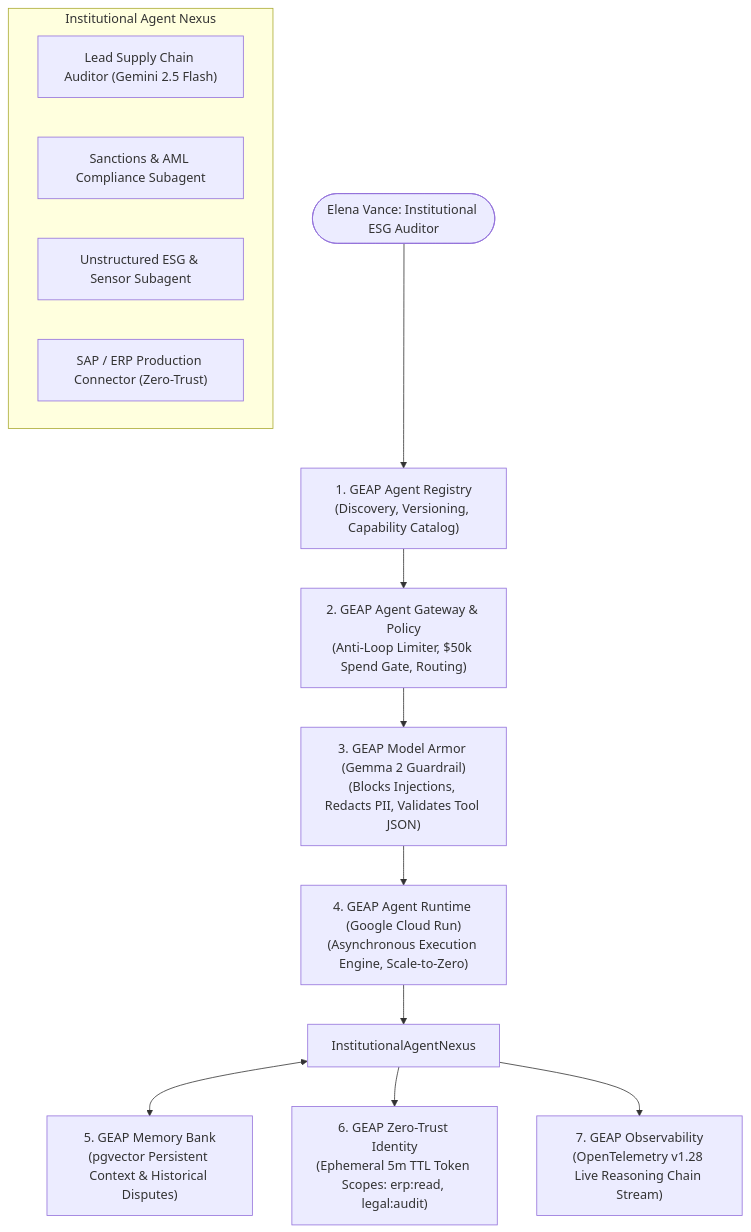
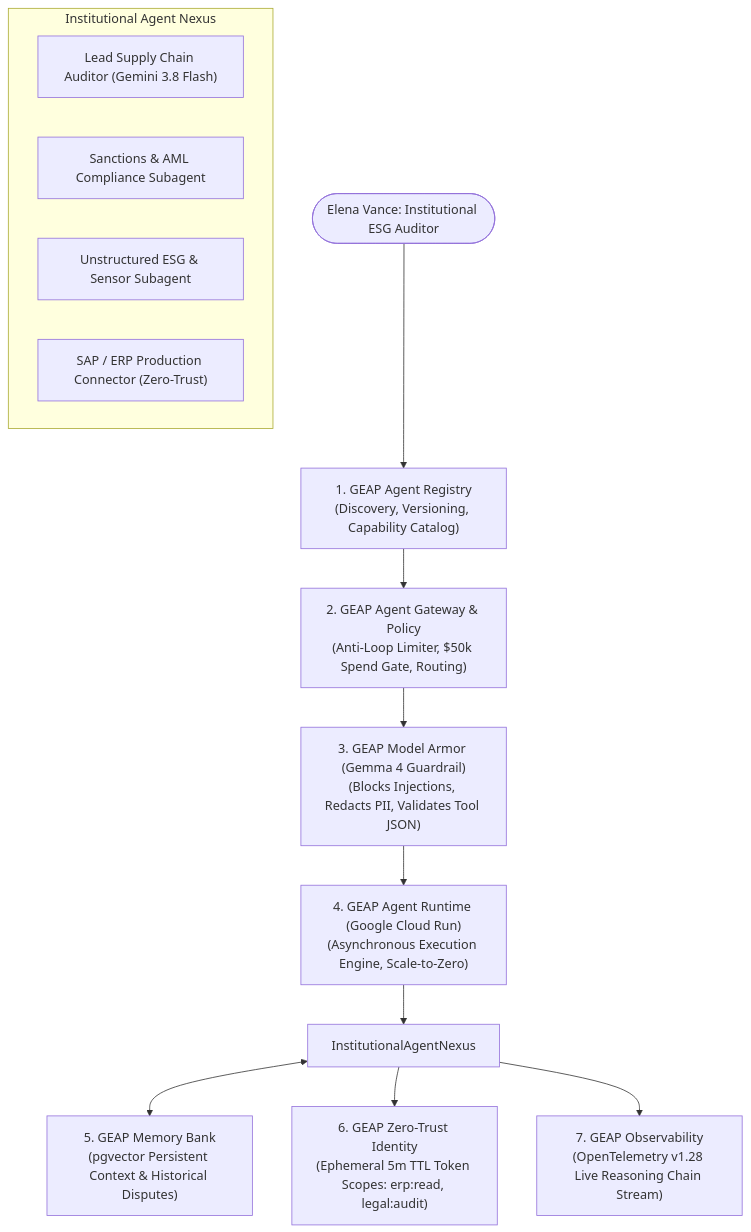
The diagram in README.md (Aka4real/All-Things-Agentic-Hackathon), drawn with Mermaid before and after one commit. The commit also changed other lines of this file and 11 other files, not shown here.

Commit message:
feat: implement Model Armor security guardrails, agent registry, and multi-agent infrastructure with Gemini 3.8 support

````diff
--- a/README.md
+++ b/README.md
@@ -16,19 +16,19 @@
 ```mermaid
 graph TD
     Hero([Elena Vance: Institutional ESG Auditor]) --> Registry["1. GEAP Agent Registry<br/>(Discovery, Versioning, Capability Catalog)"]
     Registry --> Gateway["2. GEAP Agent Gateway & Policy<br/>(Anti-Loop Limiter, $50k Spend Gate, Routing)"]
-    Gateway --> ModelArmor["3. GEAP Model Armor (Gemma 2 Guardrail)<br/>(Blocks Injections, Redacts PII, Validates Tool JSON)"]
+    Gateway --> ModelArmor["3. GEAP Model Armor (Gemma 4 Guardrail)<br/>(Blocks Injections, Redacts PII, Validates Tool JSON)"]
     ModelArmor --> Runtime["4. GEAP Agent Runtime (Google Cloud Run)<br/>(Asynchronous Execution Engine, Scale-to-Zero)"]
 
     subgraph Institutional Agent Nexus
-        MasterAgent["Lead Supply Chain Auditor (Gemini 2.5 Flash)"]
+        MasterAgent["Lead Supply Chain Auditor (Gemini 3.8 Flash)"]
         SanctionsAgent["Sanctions & AML Compliance Subagent"]
         ESGAgent["Unstructured ESG & Sensor Subagent"]
         ERPAgent["SAP / ERP Production Connector (Zero-Trust)"]
     end
 
     Runtime --> InstitutionalAgentNexus
     InstitutionalAgentNexus <--> MemoryBank["5. GEAP Memory Bank<br/>(pgvector Persistent Context & Historical Disputes)"]
     InstitutionalAgentNexus --> Identity["6. GEAP Zero-Trust Identity<br/>(Ephemeral 5m TTL Token Scopes: erp:read, legal:audit)"]
     InstitutionalAgentNexus --> Observability["7. GEAP Observability<br/>(OpenTelemetry v1.28 Live Reasoning Chain Stream)"]
 ```
````
